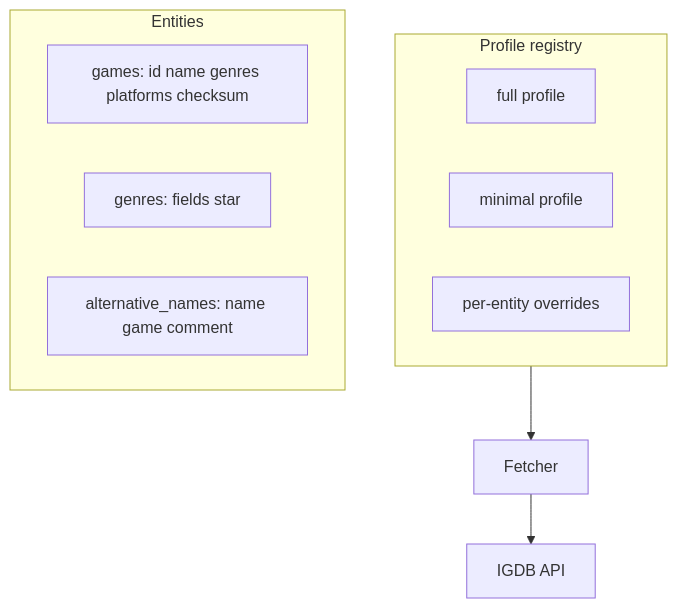
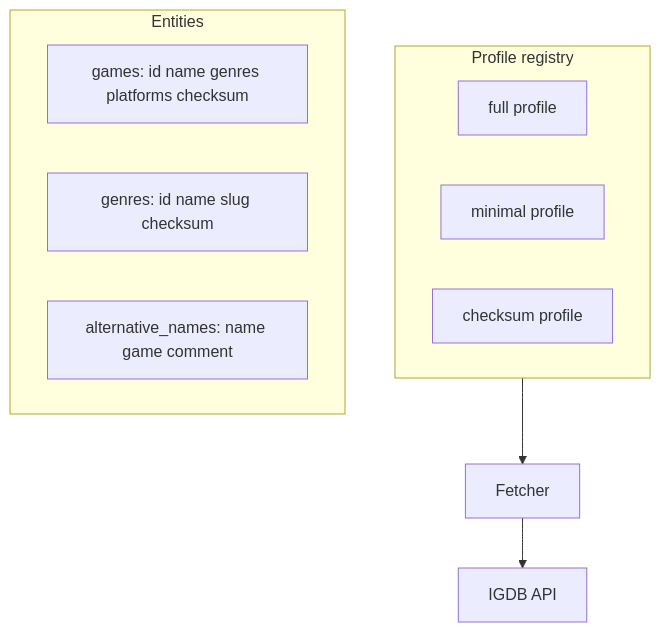
Before and after one commit to ridespirals/vargames-name-gen: the diagram in planning/FETCH-PROFILES.md, drawn with Mermaid. The commit also changed other lines of this file and 16 other files, not shown here.

````diff
--- a/planning/FETCH-PROFILES.md
+++ b/planning/FETCH-PROFILES.md
@@ -17,17 +17,17 @@
 ```mermaid
 flowchart TB
   subgraph registry [Profile registry]
     Full[full profile]
     Minimal[minimal profile]
-    Custom[per-entity overrides]
+    Checksum[checksum profile]
   end
 
   subgraph entities [Entities]
     Games[games: id name genres platforms checksum]
-    Genres[genres: fields star]
+    Genres[genres: id name slug checksum]
     AltNames[alternative_names: name game comment]
   end
 
   registry --> Fetcher
   Fetcher --> IGDB[IGDB API]
 ```
````
